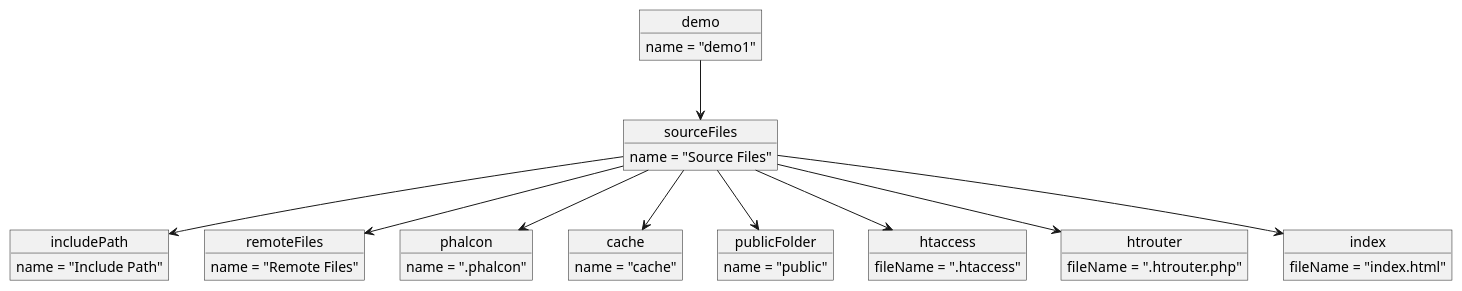
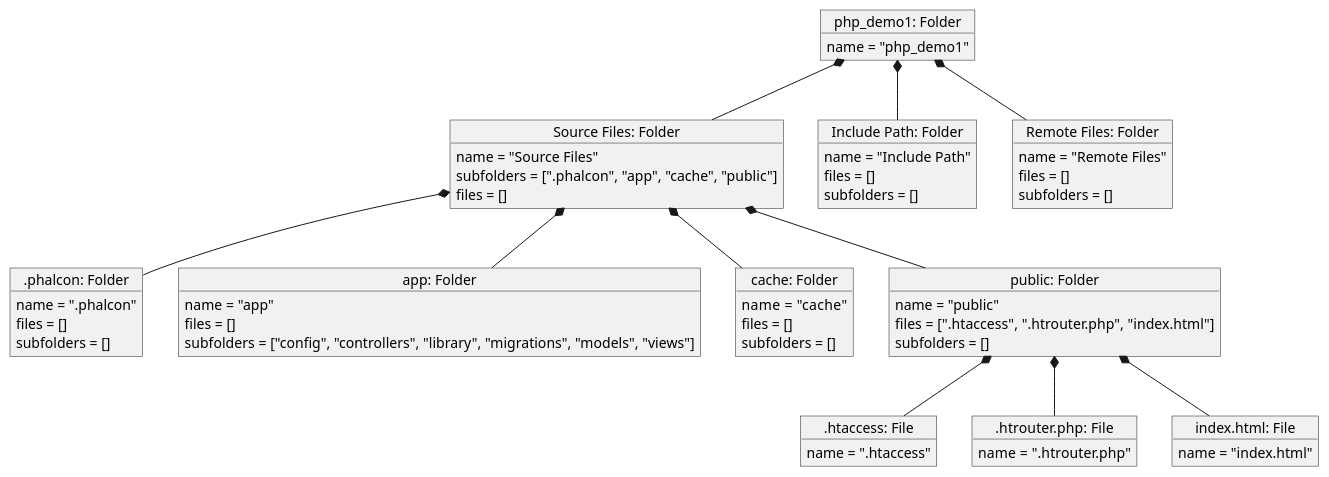
Before and after one commit to RashmiElavazhagan/CS5800: the diagram in Homework 3/src/O4.puml, drawn with PlantUML. The commit also changed 1 other file, not shown here.

```diff
--- a/Homework 3/src/O4.puml
+++ b/Homework 3/src/O4.puml
@@ -1,52 +1,69 @@
 @startuml
-object demo {
-  name = "demo1"
+
+object "php_demo1: Folder" as mainFolder {
+    name = "php_demo1"
 }
 
-object sourceFiles {
-  name = "Source Files"
+object "Source Files: Folder" as sf1{
+    name = "Source Files"
+    subfolders = [".phalcon", "app", "cache", "public"]
+    files = []
+}
+object "Include Path: Folder" as sf2{
+    name = "Include Path"
+    files = []
+    subfolders = []
+}
+object "Remote Files: Folder" as sf3{
+    name = "Remote Files"
+    files = []
+    subfolders = []
 }
 
-object includePath {
-  name = "Include Path"
+object ".phalcon: Folder" as sf4{
+    name = ".phalcon"
+    files = []
+    subfolders = []
+}
+object "app: Folder" as sf5{
+    name = "app"
+    files = []
+    subfolders = ["config", "controllers", "library", "migrations", "models", "views"]
+}
+object "cache: Folder" as sf6{
+    name =  "cache"
+    files = []
+    subfolders = []
+}
+object "public: Folder" as sf7{
+    name = "public"
+    files = [".htaccess", ".htrouter.php", "index.html"]
+    subfolders = []
 }
 
-object remoteFiles {
-  name = "Remote Files"
+object ".htaccess: File" as f1{
+     name = ".htaccess"
 }
 
-object phalcon {
-  name = ".phalcon"
+object ".htrouter.php: File" as f2{
+     name = ".htrouter.php"
 }
 
-object cache {
-  name = "cache"
+object "index.html: File" as f3{
+    name = "index.html"
 }
 
-object publicFolder {
-  name = "public"
-}
+mainFolder *-- sf1
+mainFolder *-- sf2
+mainFolder *-- sf3
 
-object htaccess {
-  fileName = ".htaccess"
-}
+sf1 *-- sf4
+sf1 *-- sf5
+sf1 *-- sf6
+sf1 *-- sf7
 
-object htrouter {
-  fileName = ".htrouter.php"
-}
-
-object index {
-  fileName = "index.html"
-}
-
-demo -down-> sourceFiles
-sourceFiles -down-> includePath
-sourceFiles -down-> remoteFiles
-sourceFiles -down-> phalcon
-sourceFiles -down-> cache
-sourceFiles -down-> publicFolder
-sourceFiles -down-> htaccess
-sourceFiles -down-> htrouter
-sourceFiles -down-> index
+sf7 *-- f1
+sf7 *-- f2
+sf7 *-- f3
 
 @enduml
```
